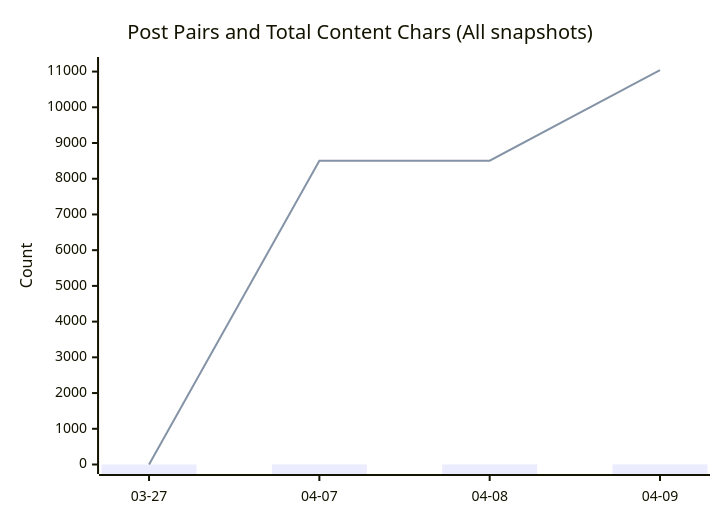
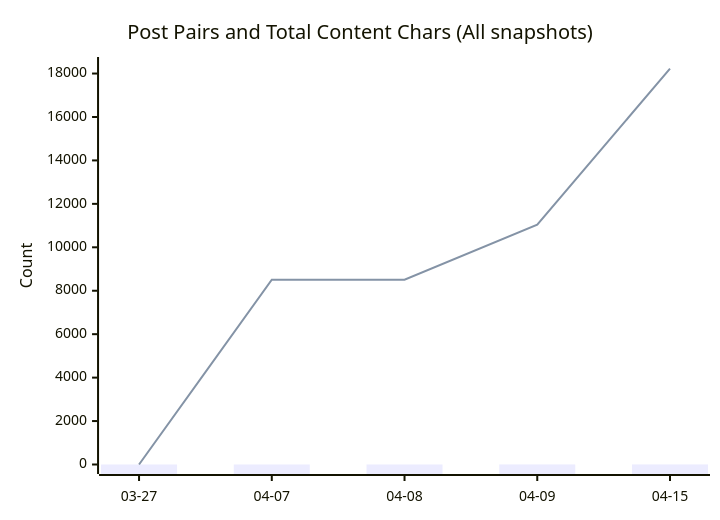
One commit to ttw225/blog changed the diagram in README.md. Above: the diagram before and after it, drawn with Mermaid. The commit also changed other lines of this file and 5 other files, not shown here.

````diff
--- a/README.md
+++ b/README.md
@@ -25,8 +25,8 @@
 ```mermaid
 xychart-beta
   title "Post Pairs and Total Content Chars (All snapshots)"
-  x-axis ["03-27", "04-07", "04-08", "04-09"]
-  y-axis "Count" 0 --> 11142
-  bar [0, 2, 2, 3]
-  line [0, 8506, 8506, 11042]
+  x-axis ["03-27", "04-07", "04-08", "04-09", "04-15"]
+  y-axis "Count" 0 --> 18324
+  bar [0, 2, 2, 3, 4]
+  line [0, 8506, 8506, 11042, 18224]
 ```
````
